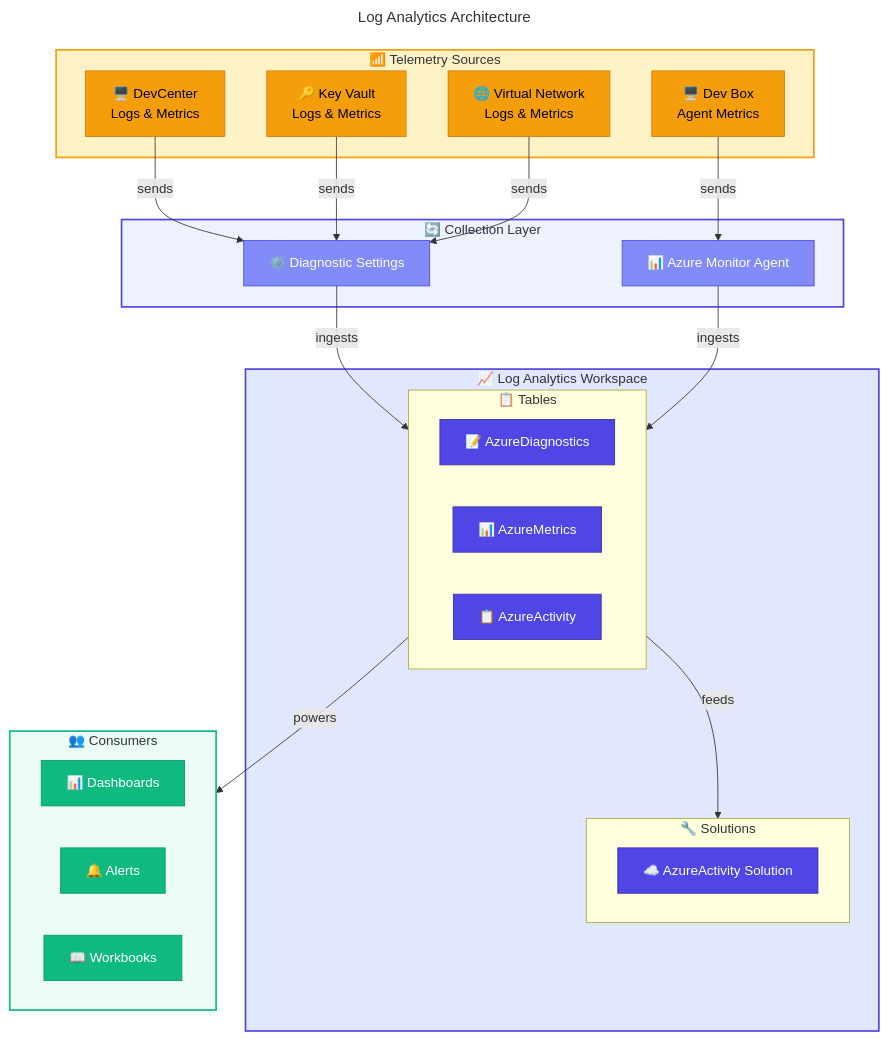
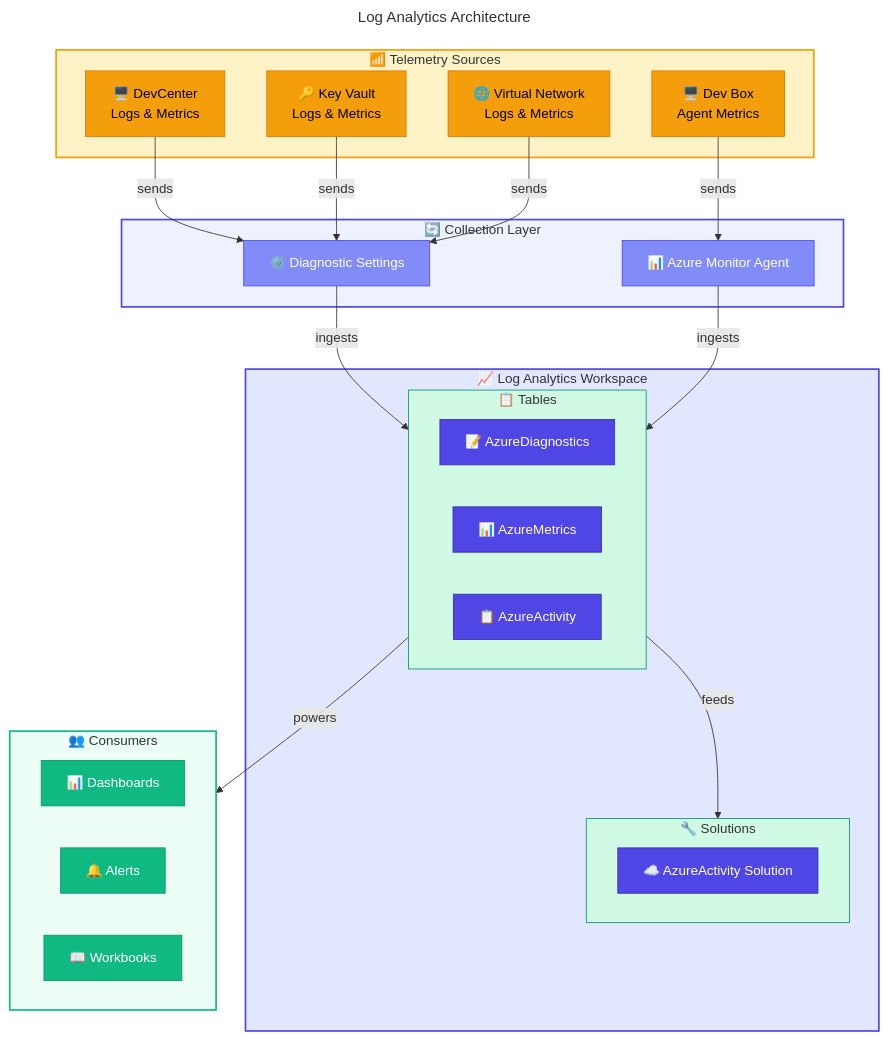
Before and after one commit to Evilazaro/DevExp-DevBox: the ninth of 9 diagrams in docs/architecture/04-technology-architecture.md, drawn with Mermaid. The commit also changed other lines of this file and 3 other files, not shown here.

Commit message:
Enhance flowchart styles in architecture documentation for improved visual clarity and consistency across business, data, technology, and security sections.

````diff
--- a/docs/architecture/04-technology-architecture.md
+++ b/docs/architecture/04-technology-architecture.md
@@ -728,67 +737,69 @@
 ```mermaid
 ---
 title: Log Analytics Architecture
 ---
 flowchart TB
     %% ===== TELEMETRY SOURCES =====
     subgraph Sources["📶 Telemetry Sources"]
         DC["🖥️ DevCenter<br/>Logs & Metrics"]
         KV["🔑 Key Vault<br/>Logs & Metrics"]
         VN["🌐 Virtual Network<br/>Logs & Metrics"]
         DB["🖥️ Dev Box<br/>Agent Metrics"]
     end
     
     %% ===== COLLECTION LAYER =====
     subgraph Collection["🔄 Collection Layer"]
         DS["⚙️ Diagnostic Settings"]
         AMA["📊 Azure Monitor Agent"]
     end
     
     %% ===== LOG ANALYTICS WORKSPACE =====
     subgraph LAW["📈 Log Analytics Workspace"]
         subgraph Tables["📋 Tables"]
             DIAG["📝 AzureDiagnostics"]
             MET["📊 AzureMetrics"]
             ACT["📋 AzureActivity"]
         end
         
         subgraph Solutions["🔧 Solutions"]
             AA["☁️ AzureActivity Solution"]
         end
     end
     
     %% ===== CONSUMERS =====
     subgraph Consumers["👥 Consumers"]
         DASH["📊 Dashboards"]
         ALERT["🔔 Alerts"]
         WB["📖 Workbooks"]
     end
     
     %% ===== CONNECTIONS =====
     DC -->|sends| DS
     KV -->|sends| DS
     VN -->|sends| DS
     DB -->|sends| AMA
     
     DS -->|ingests| Tables
     AMA -->|ingests| Tables
     
     Tables -->|feeds| Solutions
     Tables -->|powers| Consumers
     
     %% ===== STYLES =====
     classDef datastore fill:#F59E0B,stroke:#D97706,color:#000000
     classDef trigger fill:#818CF8,stroke:#4F46E5,color:#FFFFFF
     classDef primary fill:#4F46E5,stroke:#3730A3,color:#FFFFFF
     classDef secondary fill:#10B981,stroke:#059669,color:#FFFFFF
     
     class DC,KV,VN,DB datastore
     class DS,AMA trigger
     class DIAG,MET,ACT,AA primary
     class DASH,ALERT,WB secondary
     
     style Sources fill:#FEF3C7,stroke:#F59E0B,stroke-width:2px
     style Collection fill:#EEF2FF,stroke:#4F46E5,stroke-width:2px
     style LAW fill:#E0E7FF,stroke:#4F46E5,stroke-width:2px
     style Consumers fill:#ECFDF5,stroke:#10B981,stroke-width:2px
+    style Tables fill:#D1FAE5,stroke:#059669,stroke-width:1px
+    style Solutions fill:#D1FAE5,stroke:#059669,stroke-width:1px
 ```
````
